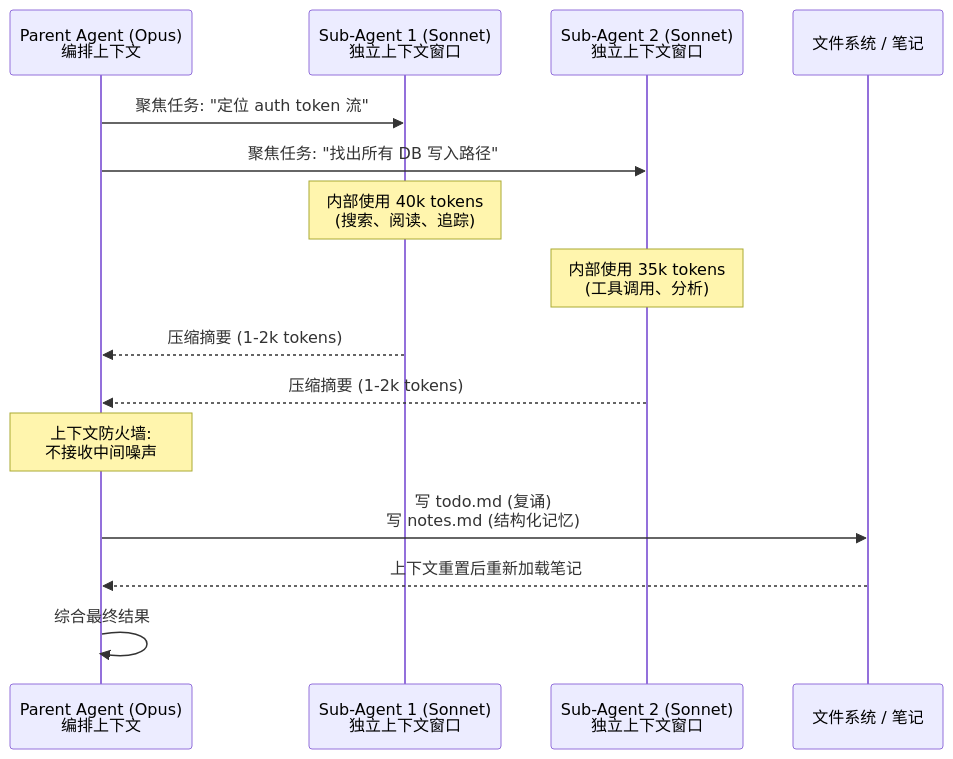
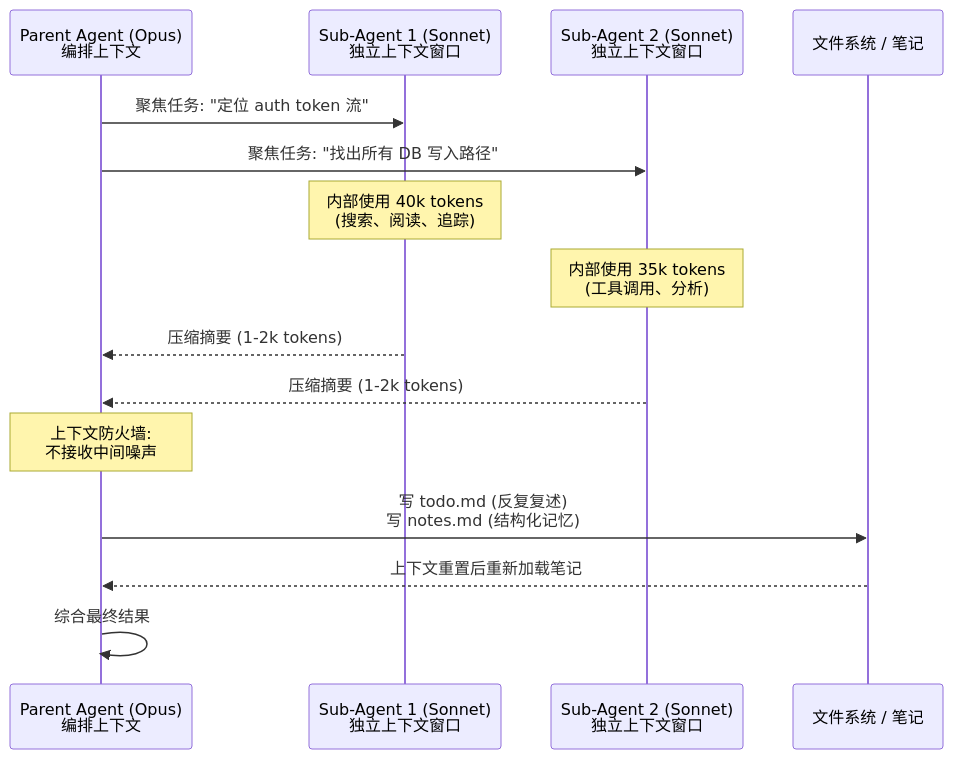
One commit to Jin-Fang/Agentic-AI-Study changed the diagram in agent-harness-zh/03-compaction-memory-subagent.md. Above: the diagram before and after it, drawn with Mermaid. The commit also changed other lines of this file and 15 other files, not shown here.

````diff
--- a/agent-harness-zh/03-compaction-memory-subagent.md
+++ b/agent-harness-zh/03-compaction-memory-subagent.md
@@ -51,18 +51,18 @@
 ```mermaid
 sequenceDiagram
     participant PA as Parent Agent (Opus)<br/>编排上下文
     participant SA1 as Sub-Agent 1 (Sonnet)<br/>独立上下文窗口
     participant SA2 as Sub-Agent 2 (Sonnet)<br/>独立上下文窗口
     participant FS as 文件系统 / 笔记
 
     PA->>SA1: 聚焦任务: "定位 auth token 流"
     PA->>SA2: 聚焦任务: "找出所有 DB 写入路径"
     Note over SA1: 内部使用 40k tokens<br/>(搜索、阅读、追踪)
     Note over SA2: 内部使用 35k tokens<br/>(工具调用、分析)
     SA1-->>PA: 压缩摘要 (1-2k tokens)
     SA2-->>PA: 压缩摘要 (1-2k tokens)
     Note over PA: 上下文防火墙:<br/>不接收中间噪声
-    PA->>FS: 写 todo.md (复诵)<br/>写 notes.md (结构化记忆)
+    PA->>FS: 写 todo.md (反复复述)<br/>写 notes.md (结构化记忆)
     FS-->>PA: 上下文重置后重新加载笔记
     PA->>PA: 综合最终结果
 ```
````
